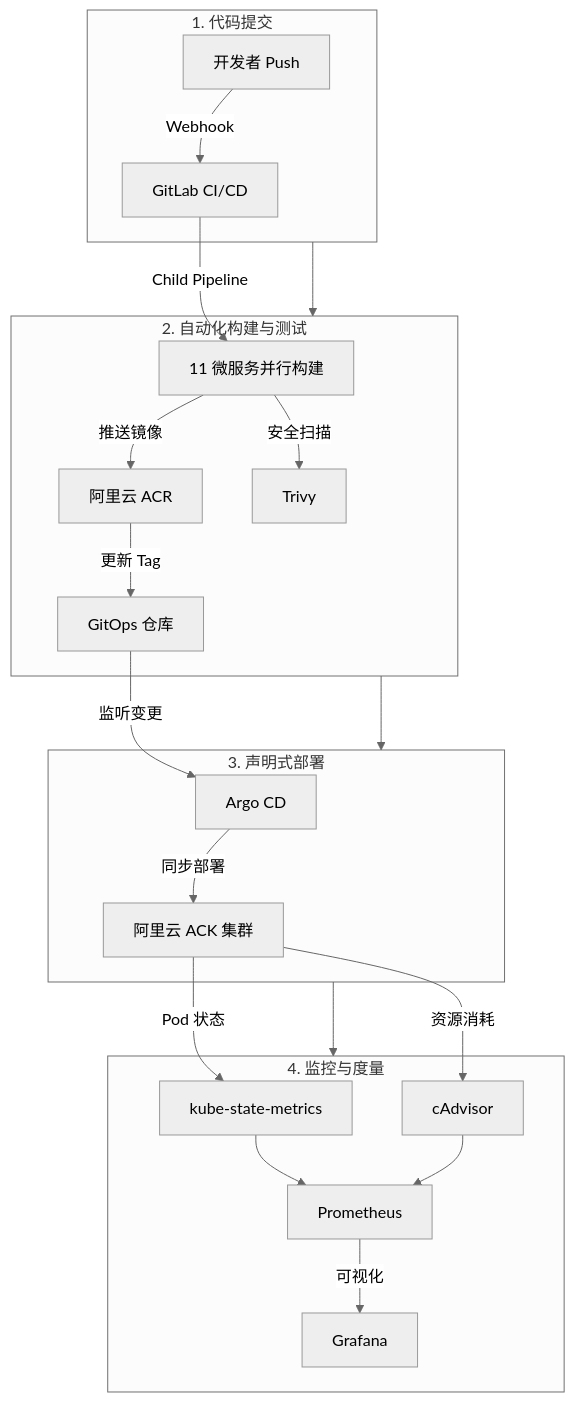
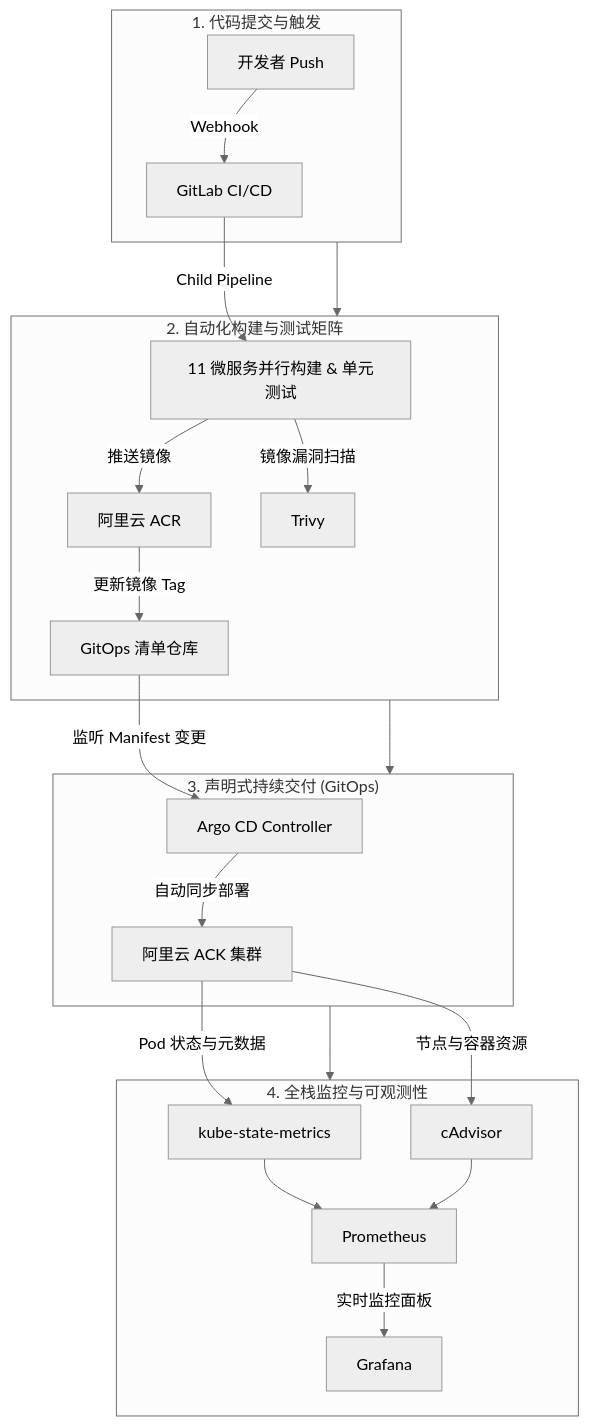
One commit to user27c/sre-portfolio changed the diagram in content/projects/aliyun-k8s-cicd-lab/index.md. Above: the diagram before and after it, drawn with Mermaid (neutral theme). The commit also changed other lines of this file and 1 other file, not shown here.

Commit message:
docs(projects): optimize ACK project structure and refine AegisOps writeup

````diff
--- a/content/projects/aliyun-k8s-cicd-lab/index.md
+++ b/content/projects/aliyun-k8s-cicd-lab/index.md
@@ -34,28 +33,28 @@
 ```mermaid
 flowchart TD
-    subgraph A ["1. 代码提交"]
+    subgraph A ["1. 代码提交与触发"]
         DEV["开发者 Push"] -->|Webhook| GITLAB["GitLab CI/CD"]
     end
 
-    subgraph B ["2. 自动化构建与测试"]
-        GITLAB -->|Child Pipeline| BUILD["11 微服务并行构建"]
+    subgraph B ["2. 自动化构建与测试矩阵"]
+        GITLAB -->|Child Pipeline| BUILD["11 微服务并行构建 & 单元测试"]
         BUILD -->|推送镜像| ACR["阿里云 ACR"]
-        BUILD -->|安全扫描| TRIVY["Trivy"]
-        ACR -->|更新 Tag| GITOPS_REPO["GitOps 仓库"]
+        BUILD -->|镜像漏洞扫描| TRIVY["Trivy"]
+        ACR -->|更新镜像 Tag| GITOPS_REPO["GitOps 清单仓库"]
     end
 
-    subgraph C ["3. 声明式部署"]
-        GITOPS_REPO -->|监听变更| ARGOCD["Argo CD"]
-        ARGOCD -->|同步部署| ACK["阿里云 ACK 集群"]
+    subgraph C ["3. 声明式持续交付 (GitOps)"]
+        GITOPS_REPO -->|监听 Manifest 变更| ARGOCD["Argo CD Controller"]
+        ARGOCD -->|自动同步部署| ACK["阿里云 ACK 集群"]
     end
 
-    subgraph D ["4. 监控与度量"]
-        ACK -->|Pod 状态| KSM["kube-state-metrics"]
-        ACK -->|资源消耗| NODE["cAdvisor"]
+    subgraph D ["4. 全栈监控与可观测性"]
+        ACK -->|Pod 状态与元数据| KSM["kube-state-metrics"]
+        ACK -->|节点与容器资源| CADV["cAdvisor"]
         KSM --> PROM["Prometheus"]
-        NODE --> PROM
-        PROM -->|可视化| GRAFANA["Grafana"]
+        CADV --> PROM
+        PROM -->|实时监控面板| GRAFANA["Grafana"]
     end
 
     A --> B --> C --> D
 ```
````
